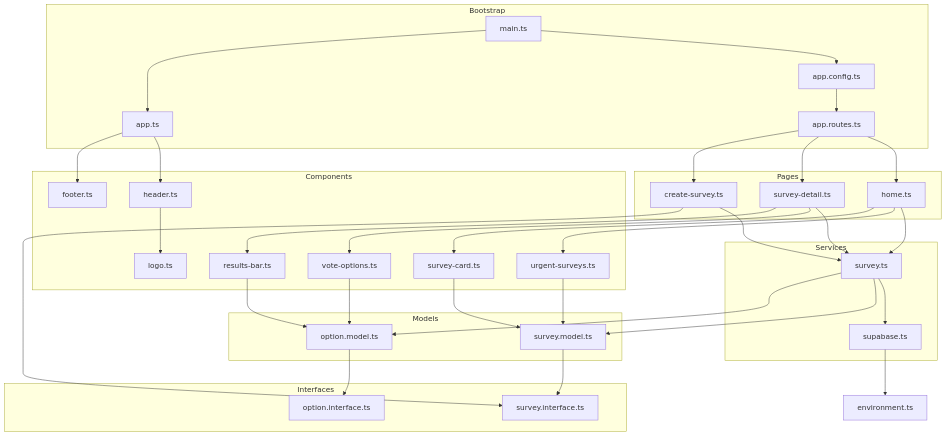
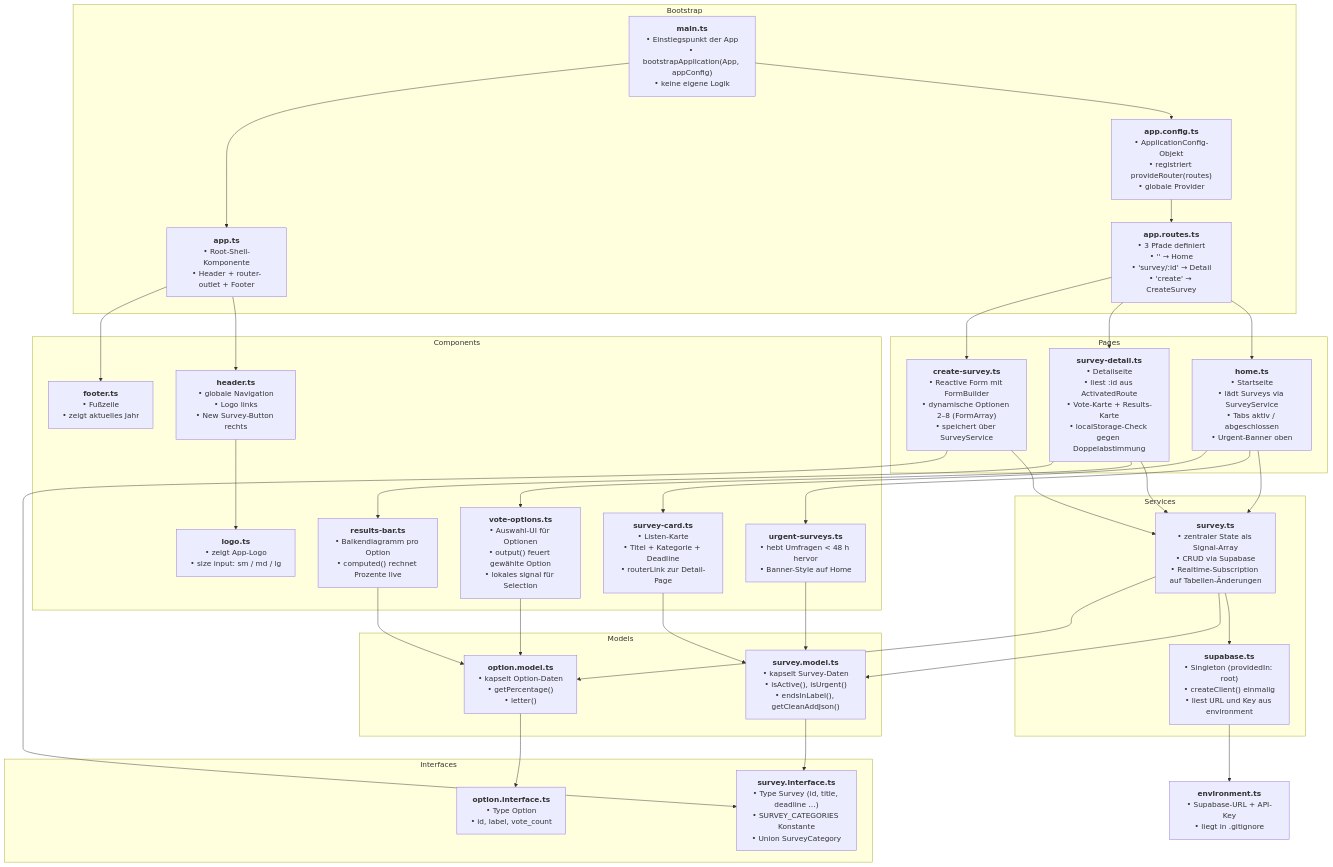
One commit to ttoebbe/PollApp changed the diagram in projekt-uebersicht.md. Above: the diagram before and after it, drawn with Mermaid. The commit also changed other lines of this file, not shown here.

````diff
--- a/projekt-uebersicht.md
+++ b/projekt-uebersicht.md
@@ -5,70 +5,70 @@
 ```mermaid
 graph TD
     subgraph Bootstrap
-        main[main.ts]
-        cfg[app.config.ts]
-        routes[app.routes.ts]
-        app[app.ts]
+        main["<b>main.ts</b><br/>• Einstiegspunkt der App<br/>• bootstrapApplication(App, appConfig)<br/>• keine eigene Logik"]
+        cfg["<b>app.config.ts</b><br/>• ApplicationConfig-Objekt<br/>• registriert provideRouter(routes)<br/>• globale Provider"]
+        routes["<b>app.routes.ts</b><br/>• 3 Pfade definiert<br/>• '' → Home<br/>• 'survey/:id' → Detail<br/>• 'create' → CreateSurvey"]
+        app["<b>app.ts</b><br/>• Root-Shell-Komponente<br/>• Header + router-outlet + Footer"]
     end
 
     subgraph Services
-        supa[supabase.ts]
-        survey[survey.ts]
+        supa["<b>supabase.ts</b><br/>• Singleton (providedIn: root)<br/>• createClient() einmalig<br/>• liest URL und Key aus environment"]
+        survey["<b>survey.ts</b><br/>• zentraler State als Signal-Array<br/>• CRUD via Supabase<br/>• Realtime-Subscription auf Tabellen-Änderungen"]
     end
 
     subgraph Models
-        mSurvey[survey.model.ts]
-        mOption[option.model.ts]
+        mSurvey["<b>survey.model.ts</b><br/>• kapselt Survey-Daten<br/>• isActive(), isUrgent()<br/>• endsInLabel(), getCleanAddJson()"]
+        mOption["<b>option.model.ts</b><br/>• kapselt Option-Daten<br/>• getPercentage()<br/>• letter()"]
     end
 
     subgraph Interfaces
-        iSurvey[survey.interface.ts]
-        iOption[option.interface.ts]
+        iSurvey["<b>survey.interface.ts</b><br/>• Type Survey (id, title, deadline …)<br/>• SURVEY_CATEGORIES Konstante<br/>• Union SurveyCategory"]
+        iOption["<b>option.interface.ts</b><br/>• Type Option<br/>• id, label, vote_count"]
     end
 
     subgraph Components
-        logo[logo.ts]
-        card[survey-card.ts]
-        urgent[urgent-surveys.ts]
-        vote[vote-options.ts]
-        results[results-bar.ts]
-        header[header.ts]
-        footer[footer.ts]
+        logo["<b>logo.ts</b><br/>• zeigt App-Logo<br/>• size input: sm / md / lg"]
+        card["<b>survey-card.ts</b><br/>• Listen-Karte<br/>• Titel + Kategorie + Deadline<br/>• routerLink zur Detail-Page"]
+        urgent["<b>urgent-surveys.ts</b><br/>• hebt Umfragen < 48 h hervor<br/>• Banner-Style auf Home"]
+        vote["<b>vote-options.ts</b><br/>• Auswahl-UI für Optionen<br/>• output() feuert gewählte Option<br/>• lokales signal für Selection"]
+        results["<b>results-bar.ts</b><br/>• Balkendiagramm pro Option<br/>• computed() rechnet Prozente live"]
+        header["<b>header.ts</b><br/>• globale Navigation<br/>• Logo links<br/>• New Survey-Button rechts"]
+        footer["<b>footer.ts</b><br/>• Fußzeile<br/>• zeigt aktuelles Jahr"]
     end
 
     subgraph Pages
-        home[home.ts]
-        detail[survey-detail.ts]
-        create[create-survey.ts]
+        home["<b>home.ts</b><br/>• Startseite<br/>• lädt Surveys via SurveyService<br/>• Tabs aktiv / abgeschlossen<br/>• Urgent-Banner oben"]
+        detail["<b>survey-detail.ts</b><br/>• Detailseite<br/>• liest :id aus ActivatedRoute<br/>• Vote-Karte + Results-Karte<br/>• localStorage-Check gegen Doppelabstimmung"]
+        create["<b>create-survey.ts</b><br/>• Reactive Form mit FormBuilder<br/>• dynamische Optionen 2–8 (FormArray)<br/>• speichert über SurveyService"]
     end
 
-    env[environment.ts]
+    env["<b>environment.ts</b><br/>• Supabase-URL + API-Key<br/>• liegt in .gitignore"]
 
     main --> cfg
     main --> app
     cfg --> routes
     app --> header
     app --> footer
     header --> logo
     routes --> home
     routes --> detail
     routes --> create
     home --> survey
     home --> urgent
     home --> card
     detail --> survey
     detail --> vote
     detail --> results
     create --> survey
     create --> iSurvey
     survey --> supa
     survey --> mSurvey
     survey --> mOption
     supa --> env
     mSurvey --> iSurvey
     mOption --> iOption
     card --> mSurvey
     urgent --> mSurvey
     vote --> mOption
     results --> mOption
 ```
````
